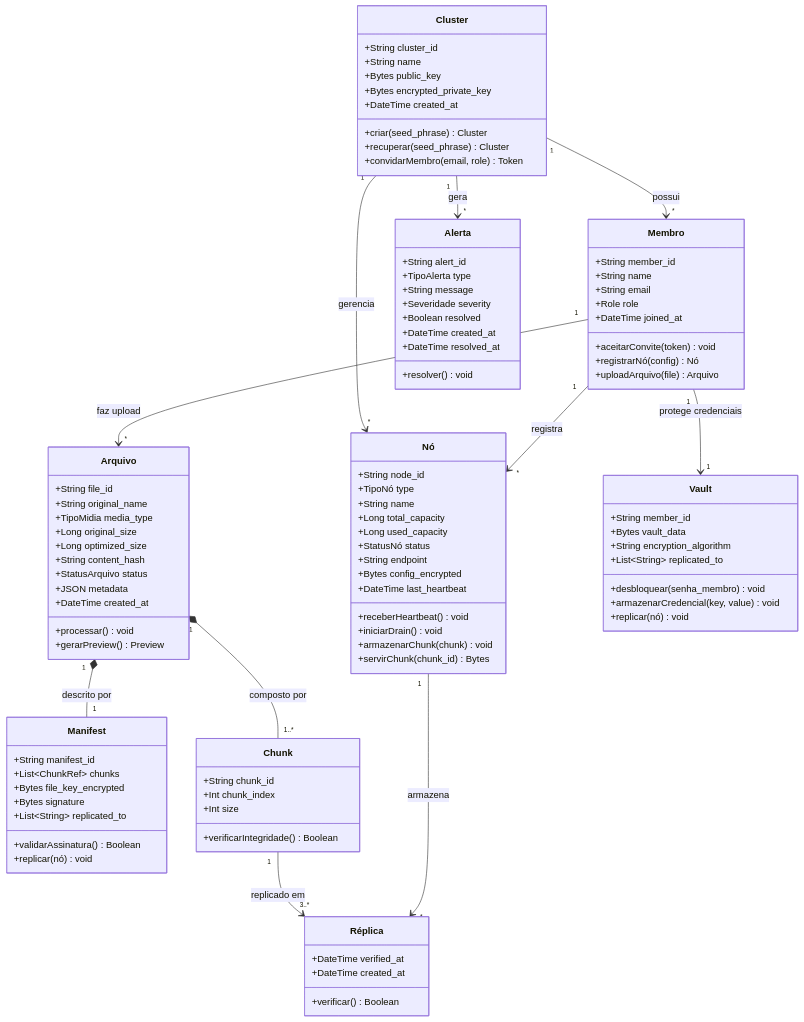
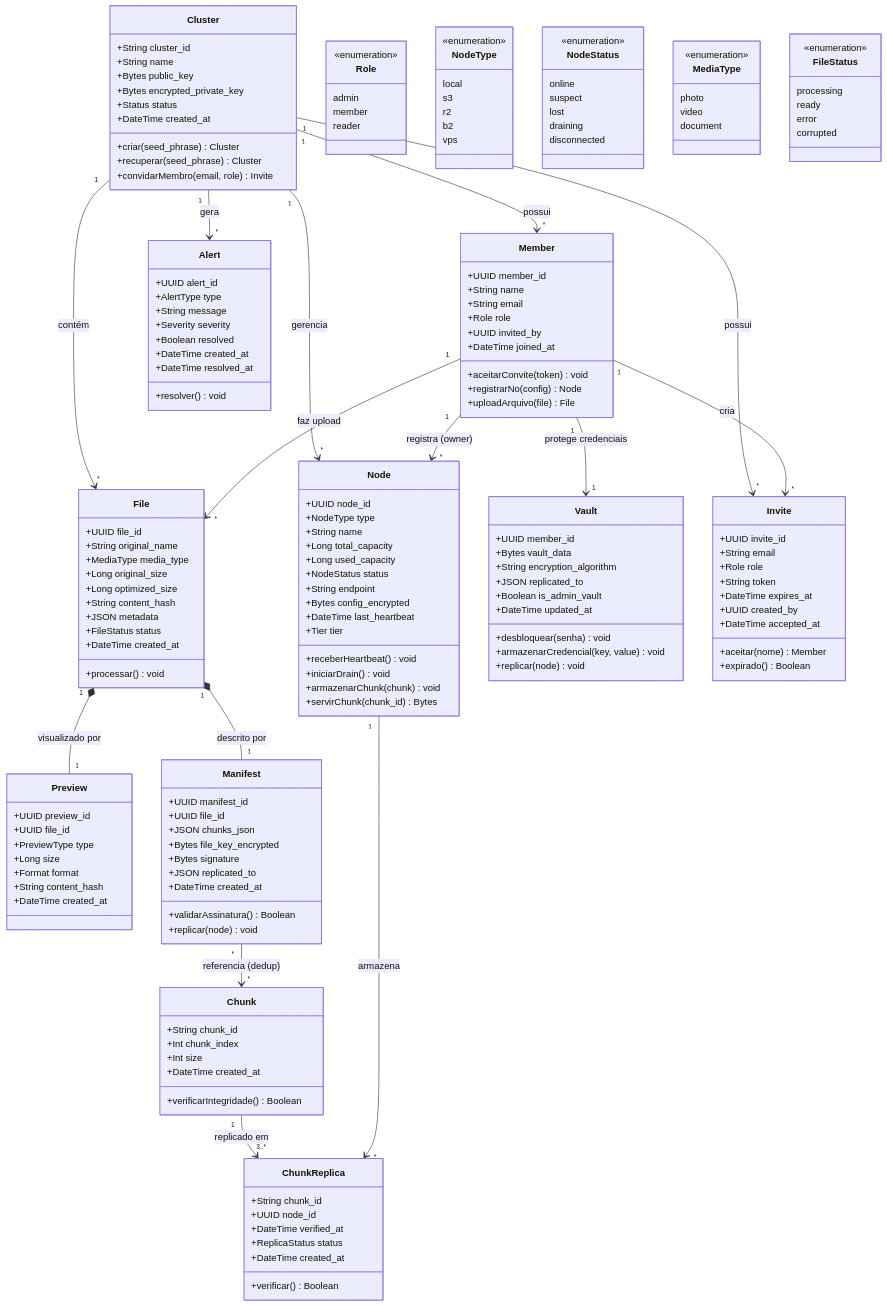
One commit to DouglasPrado/alexandria changed the diagram in docs/diagrams/domain/class-diagram.mmd. Above: the diagram before and after it, drawn with Mermaid. The commit also changed 160 other files, not shown here.

```diff
--- a/docs/diagrams/domain/class-diagram.mmd
+++ b/docs/diagrams/domain/class-diagram.mmd
@@ -1,115 +1,192 @@
 %% ============================================================
 %% Modelo de Domínio — Alexandria
-%% Referência: docs/blueprint/04-domain_model.md
+%% Referência: docs/blueprint/04-domain-model.md
 %% ============================================================
 
 classDiagram
     direction TB
 
     class Cluster {
         +String cluster_id
         +String name
         +Bytes public_key
         +Bytes encrypted_private_key
+        +Status status
         +DateTime created_at
         +criar(seed_phrase) Cluster
         +recuperar(seed_phrase) Cluster
-        +convidarMembro(email, role) Token
+        +convidarMembro(email, role) Invite
     }
 
-    class Membro {
-        +String member_id
+    class Member {
+        +UUID member_id
         +String name
         +String email
         +Role role
+        +UUID invited_by
         +DateTime joined_at
         +aceitarConvite(token) void
-        +registrarNó(config) Nó
-        +uploadArquivo(file) Arquivo
+        +registrarNo(config) Node
+        +uploadArquivo(file) File
     }
 
-    class Nó {
-        +String node_id
-        +TipoNó type
+    class Node {
+        +UUID node_id
+        +NodeType type
         +String name
         +Long total_capacity
         +Long used_capacity
-        +StatusNó status
+        +NodeStatus status
         +String endpoint
         +Bytes config_encrypted
         +DateTime last_heartbeat
+        +Tier tier
         +receberHeartbeat() void
         +iniciarDrain() void
         +armazenarChunk(chunk) void
         +servirChunk(chunk_id) Bytes
     }
 
-    class Arquivo {
-        +String file_id
+    class File {
+        +UUID file_id
         +String original_name
-        +TipoMidia media_type
+        +MediaType media_type
         +Long original_size
         +Long optimized_size
         +String content_hash
-        +StatusArquivo status
         +JSON metadata
+        +FileStatus status
         +DateTime created_at
         +processar() void
-        +gerarPreview() Preview
+    }
+
+    class Preview {
+        +UUID preview_id
+        +UUID file_id
+        +PreviewType type
+        +Long size
+        +Format format
+        +String content_hash
+        +DateTime created_at
     }
 
     class Manifest {
-        +String manifest_id
-        +List~ChunkRef~ chunks
+        +UUID manifest_id
+        +UUID file_id
+        +JSON chunks_json
         +Bytes file_key_encrypted
         +Bytes signature
-        +List~String~ replicated_to
+        +JSON replicated_to
+        +DateTime created_at
         +validarAssinatura() Boolean
-        +replicar(nó) void
+        +replicar(node) void
     }
 
     class Chunk {
         +String chunk_id
         +Int chunk_index
         +Int size
+        +DateTime created_at
         +verificarIntegridade() Boolean
     }
 
-    class Réplica {
+    class ChunkReplica {
+        +String chunk_id
+        +UUID node_id
         +DateTime verified_at
+        +ReplicaStatus status
         +DateTime created_at
         +verificar() Boolean
     }
 
     class Vault {
-        +String member_id
+        +UUID member_id
         +Bytes vault_data
         +String encryption_algorithm
-        +List~String~ replicated_to
-        +desbloquear(senha_membro) void
+        +JSON replicated_to
+        +Boolean is_admin_vault
+        +DateTime updated_at
+        +desbloquear(senha) void
         +armazenarCredencial(key, value) void
-        +replicar(nó) void
+        +replicar(node) void
     }
 
-    class Alerta {
-        +String alert_id
-        +TipoAlerta type
+    class Alert {
+        +UUID alert_id
+        +AlertType type
         +String message
-        +Severidade severity
+        +Severity severity
         +Boolean resolved
         +DateTime created_at
         +DateTime resolved_at
         +resolver() void
     }
 
+    class Invite {
+        +UUID invite_id
+        +String email
+        +Role role
+        +String token
+        +DateTime expires_at
+        +UUID created_by
+        +DateTime accepted_at
+        +aceitar(nome) Member
+        +expirado() Boolean
+    }
+
+    %% --- Enums ---
+    class Role {
+        <<enumeration>>
+        admin
+        member
+        reader
+    }
+
+    class NodeType {
+        <<enumeration>>
+        local
+        s3
+        r2
+        b2
+        vps
+    }
+
+    class NodeStatus {
+        <<enumeration>>
+        online
+        suspect
+        lost
+        draining
+        disconnected
+    }
+
+    class MediaType {
+        <<enumeration>>
+        photo
+        video
+        document
+    }
+
+    class FileStatus {
+        <<enumeration>>
+        processing
+        ready
+        error
+        corrupted
+    }
+
     %% --- Relacionamentos ---
-    Cluster "1" --> "*" Membro : possui
-    Cluster "1" --> "*" Nó : gerencia
-    Membro "1" --> "1" Vault : protege credenciais
-    Cluster "1" --> "*" Alerta : gera
-    Membro "1" --> "*" Nó : registra
-    Membro "1" --> "*" Arquivo : faz upload
-    Arquivo "1" *-- "1" Manifest : descrito por
-    Arquivo "1" *-- "1..*" Chunk : composto por
-    Chunk "1" --> "3..*" Réplica : replicado em
-    Nó "1" --> "*" Réplica : armazena
+    Cluster "1" --> "*" Member : possui
+    Cluster "1" --> "*" Node : gerencia
+    Cluster "1" --> "*" File : contém
+    Cluster "1" --> "*" Alert : gera
+    Cluster "1" --> "*" Invite : possui
+    Member "1" --> "1" Vault : protege credenciais
+    Member "1" --> "*" Node : registra (owner)
+    Member "1" --> "*" File : faz upload
+    Member "1" --> "*" Invite : cria
+    File "1" *-- "1" Manifest : descrito por
+    File "1" *-- "1" Preview : visualizado por
+    Manifest "*" --> "*" Chunk : referencia (dedup)
+    Chunk "1" --> "3..*" ChunkReplica : replicado em
+    Node "1" --> "*" ChunkReplica : armazena
```
